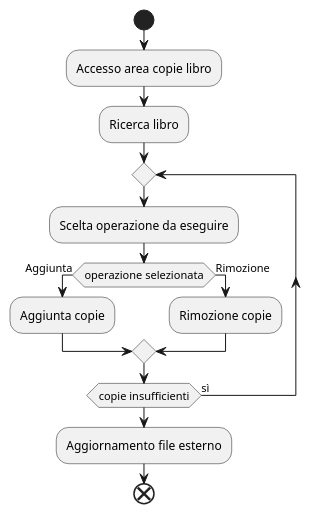
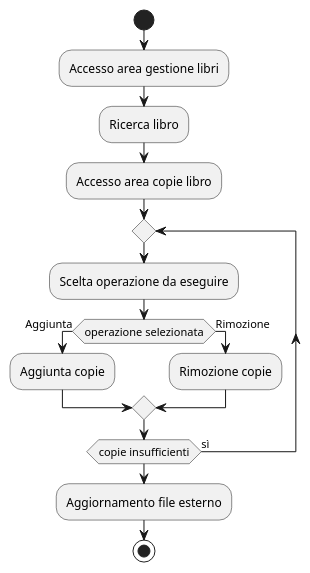
The diagram in Progettazione/AllDiagramsCode/ActivityDiagramsCode/ModificaCopieLibro.wsd (amalinconico6-cpu/Biblioteca_universitaria_10), drawn with PlantUML before and after one commit. The commit also changed 19 other files, not shown here.

```diff
--- a/Progettazione/AllDiagramsCode/ActivityDiagramsCode/ModificaCopieLibro.wsd
+++ b/Progettazione/AllDiagramsCode/ActivityDiagramsCode/ModificaCopieLibro.wsd
@@ -1,17 +1,18 @@
 @startuml ModificaCopieLibro
 start 
 
-:Accesso area copie libro; 
+:Accesso area gestione libri;
 :Ricerca libro;
+:Accesso area copie libro;
 repeat
 :Scelta operazione da eseguire;
 if(operazione selezionata) then (Aggiunta)
 :Aggiunta copie;
 else (Rimozione)
 :Rimozione copie;
 endif
 repeat while (copie insufficienti) is (sì)
 :Aggiornamento file esterno;
 
-end
+stop
 @enduml
```
